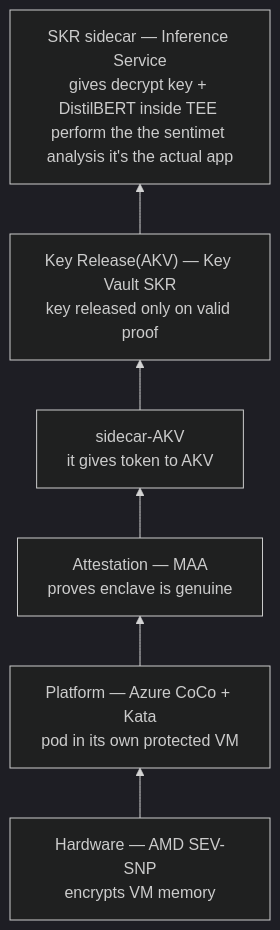
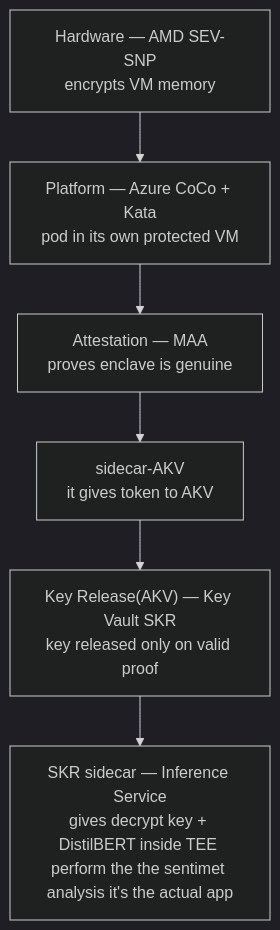
Before and after one commit to adityapanda2005/distilbert-sentiment--analysis-app: the third of 3 diagrams in DOC/2-HLD-DESIGN.md, drawn with Mermaid (dark theme).

````diff
--- a/DOC/2-HLD-DESIGN.md
+++ b/DOC/2-HLD-DESIGN.md
@@ -45,10 +45,10 @@
 ```mermaid
-flowchart BT
+flowchart TD
     HW["Hardware — AMD SEV-SNP<br/>encrypts VM memory"]
     CC["Platform — Azure CoCo + Kata<br/>pod in its own protected VM"]
     AT["Attestation — MAA<br/>proves enclave is genuine"]
     SKR["sidecar-AKV<br/>it gives token to AKV "]
     KR["Key Release(AKV) — Key Vault SKR<br/>key released only on valid proof"]
     AP["SKR sidecar — Inference Service<br/>gives decrypt key + DistilBERT inside TEE perform the the sentimet analysis it's the actual app"]
-    HW --> CC --> AT --> SKR -->  KR --> AP
+    HW --> CC --> AT --> SKR --> KR --> AP
 ```
````
